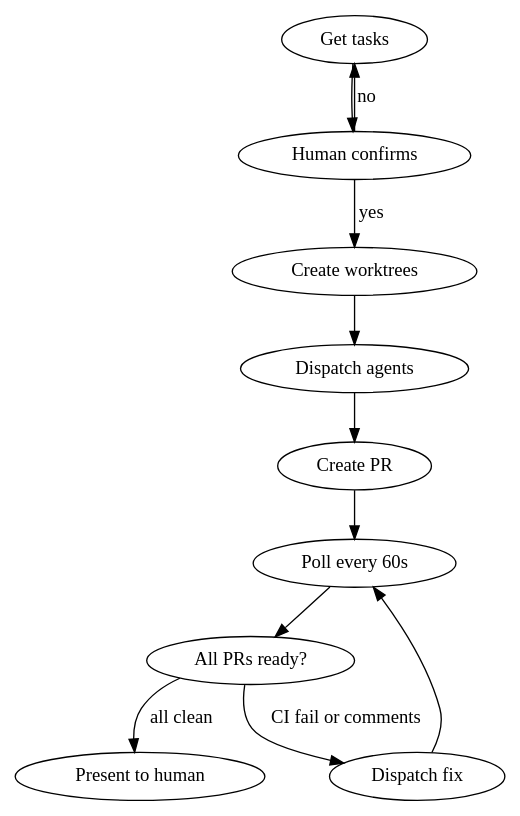
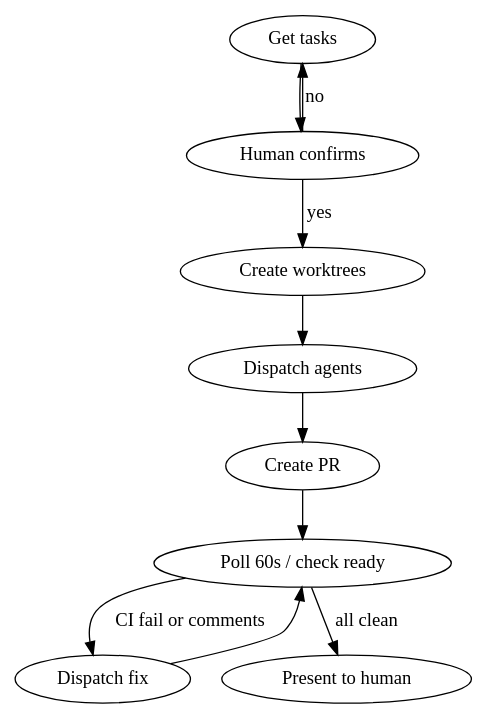
The diagram in SKILL.md (noc0dev/smithers), drawn with Graphviz before and after one commit.

Commit message:
fix: reduce DOT graph to 8 nodes (was 9)
Merge poll + check into single poll_check node to comply with
beads-skills best practices (≤8 nodes for DOT diagrams).

````diff
--- a/SKILL.md
+++ b/SKILL.md
@@ -70,25 +70,23 @@
 ```dot
 digraph smithers {
   rankdir=TB;
   fetch [label="Get tasks"];
   confirm [label="Human confirms"];
   worktrees [label="Create worktrees"];
   dispatch [label="Dispatch agents"];
   pr [label="Create PR"];
-  poll [label="Poll every 60s"];
-  check [label="All PRs ready?"];
+  poll_check [label="Poll 60s / check ready"];
   fix [label="Dispatch fix"];
   present [label="Present to human"];
 
   fetch -> confirm;
   confirm -> worktrees [label="yes"];
   confirm -> fetch [label="no"];
   worktrees -> dispatch;
   dispatch -> pr;
-  pr -> poll;
-  poll -> check;
-  check -> fix [label="CI fail or comments"];
-  fix -> poll;
-  check -> present [label="all clean"];
+  pr -> poll_check;
+  poll_check -> fix [label="CI fail or comments"];
+  fix -> poll_check;
+  poll_check -> present [label="all clean"];
 }
 ```
````
